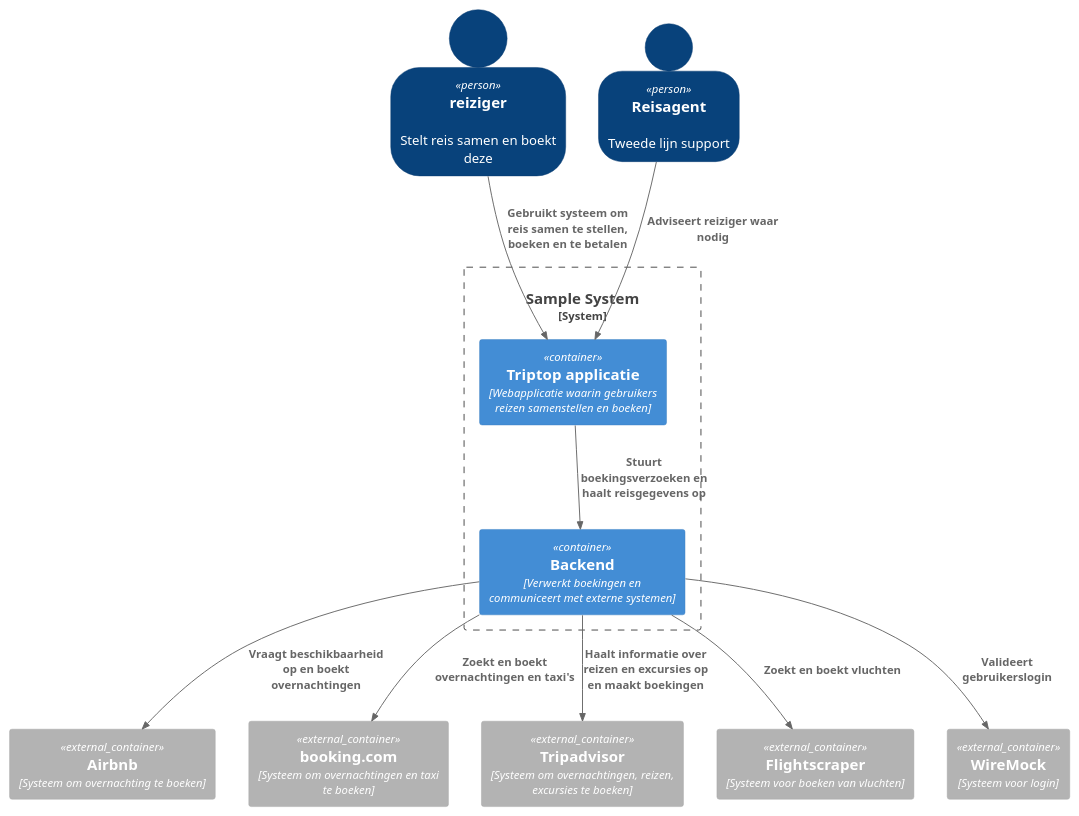
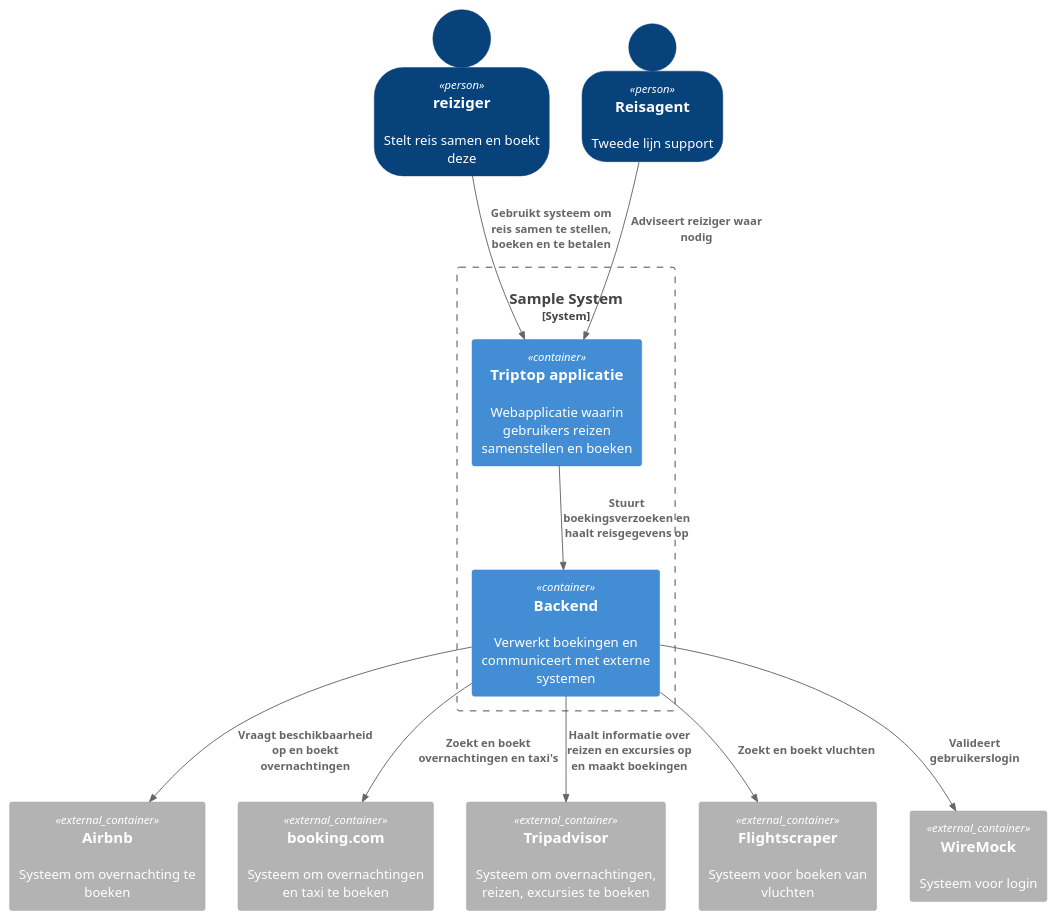
The diagram in Bartu/containerDiagramBartu.puml (AIM-ENE-feb25/triptop-dravende-dikdiks), drawn with PlantUML before and after one commit. The commit also changed 1 other file, not shown here.

```diff
--- a/Bartu/containerDiagramBartu.puml
+++ b/Bartu/containerDiagramBartu.puml
@@ -1,29 +1,29 @@
 @startuml
 !include https://raw.githubusercontent.com/plantuml-stdlib/C4-PlantUML/master/C4_Container.puml
 
 SHOW_PERSON_OUTLINE()
 
 Person("reiziger", "reiziger", "Stelt reis samen en boekt deze")
 Person("Reisagent", "Reisagent", "Tweede lijn support")
 
 System_Boundary(c1, "Sample System", "") {
-    Container(Web_Applicatie, "Triptop applicatie", "Webapplicatie waarin gebruikers reizen samenstellen en boeken")
-    Container(Backend, "Backend", "Verwerkt boekingen en communiceert met externe systemen")
+    Container(Web_Applicatie, "Triptop applicatie","", "Webapplicatie waarin gebruikers reizen samenstellen en boeken")
+    Container(Backend, "Backend","", "Verwerkt boekingen en communiceert met externe systemen")
 }
 
-Container_Ext("Airbnb", "Airbnb", "Systeem om overnachting te boeken")
-Container_Ext("booking.com", "booking.com", "Systeem om overnachtingen en taxi te boeken")
-Container_Ext("Tripadvisor", "Tripadvisor", "Systeem om overnachtingen, reizen, excursies te boeken")
-Container_Ext("Flightscraper", "Flightscraper", "Systeem voor boeken van vluchten")
-Container_Ext("WireMock", "WireMock", "Systeem voor login")
+Container_Ext("Airbnb", "Airbnb", "","Systeem om overnachting te boeken")
+Container_Ext("booking.com", "booking.com", "", "Systeem om overnachtingen en taxi te boeken")
+Container_Ext("Tripadvisor", "Tripadvisor", "","Systeem om overnachtingen, reizen, excursies te boeken")
+Container_Ext("Flightscraper", "Flightscraper","", "Systeem voor boeken van vluchten")
+Container_Ext("WireMock", "WireMock","", "Systeem voor login")
 
 Rel("reiziger", "Web_Applicatie", "Gebruikt systeem om reis samen te stellen, boeken en te betalen")
 Rel("Reisagent", "Web_Applicatie", "Adviseert reiziger waar nodig")
 Rel("Web_Applicatie", "Backend", "Stuurt boekingsverzoeken en haalt reisgegevens op")
 Rel("Backend", "Airbnb", "Vraagt beschikbaarheid op en boekt overnachtingen")
 Rel("Backend", "booking.com", "Zoekt en boekt overnachtingen en taxi's")
 Rel("Backend", "Tripadvisor", "Haalt informatie over reizen en excursies op en maakt boekingen")
 Rel("Backend", "Flightscraper", "Zoekt en boekt vluchten")
 Rel("Backend", "WireMock", "Valideert gebruikerslogin")
 
 @enduml
```
